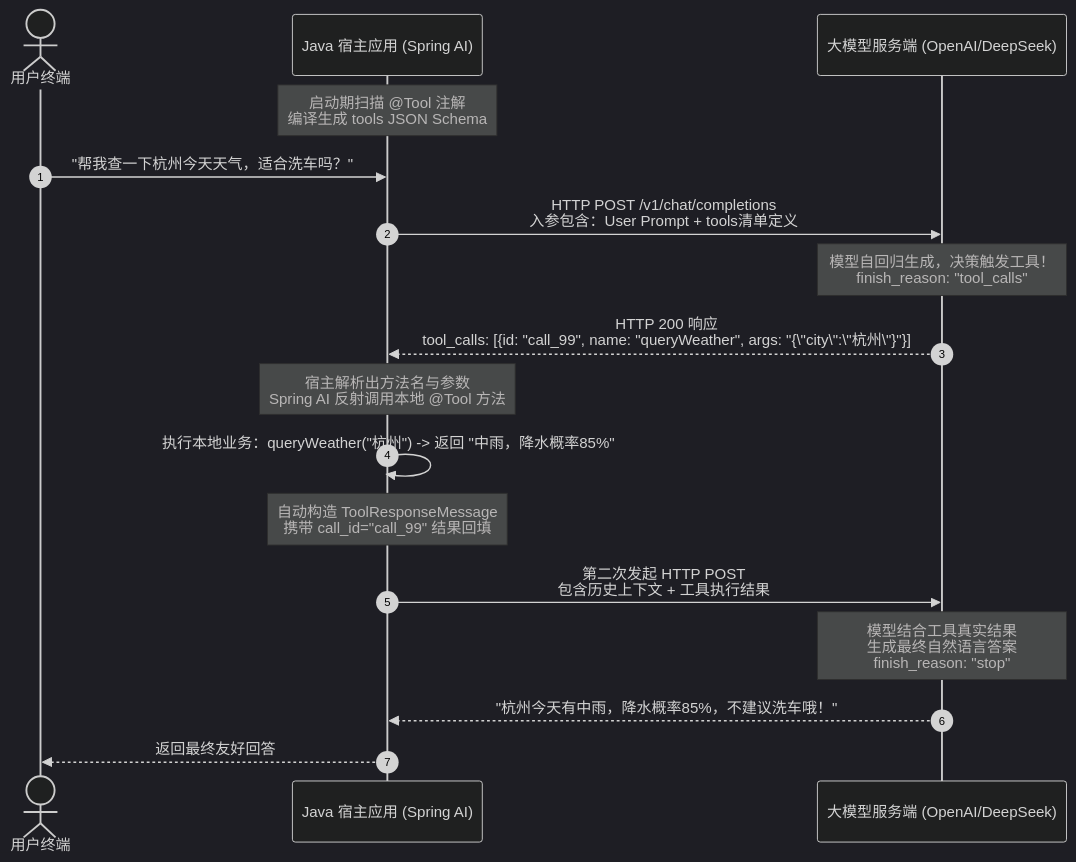
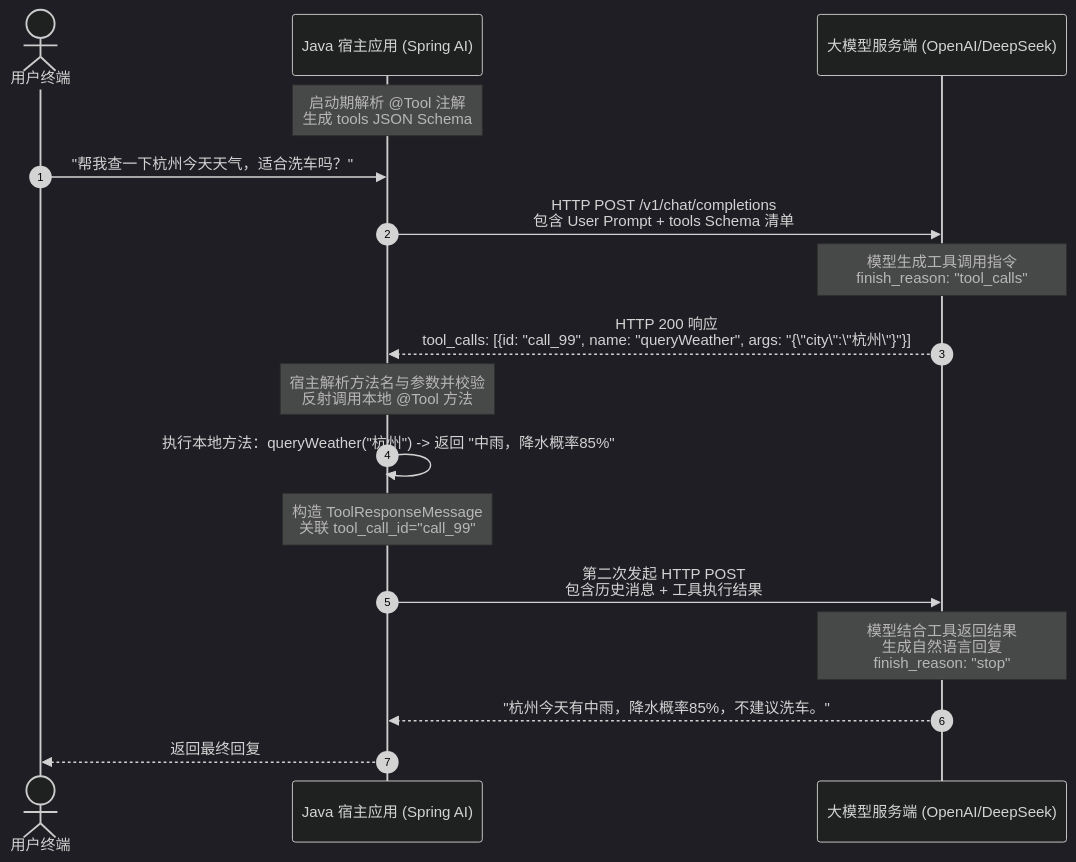
One commit to GuoWWWX/knowledge-base changed the first of 2 diagrams in 10-AI应用开发/02-框架-SpringAI与LangChain4j/SpringAI/06-Function-Calling工具调用.md. Above: the diagram before and after it, drawn with Mermaid (dark theme). The commit also changed other lines of this file and 251 other files, not shown here.

````diff
--- a/10-AI应用开发/02-框架-SpringAI与LangChain4j/SpringAI/06-Function-Calling工具调用.md
+++ b/10-AI应用开发/02-框架-SpringAI与LangChain4j/SpringAI/06-Function-Calling工具调用.md
@@ -46,20 +25,20 @@
 ```mermaid
 sequenceDiagram
     autonumber
     actor User as 用户终端
     participant App as Java 宿主应用 (Spring AI)
     participant LLM as 大模型服务端 (OpenAI/DeepSeek)
 
-    Note over App: 启动期扫描 @Tool 注解<br/>编译生成 tools JSON Schema
+    Note over App: 启动期解析 @Tool 注解<br/>生成 tools JSON Schema
     User->>App: "帮我查一下杭州今天天气，适合洗车吗？"
-    App->>LLM: HTTP POST /v1/chat/completions<br/>入参包含：User Prompt + tools清单定义
-    Note over LLM: 模型自回归生成，决策触发工具！<br/>finish_reason: "tool_calls"
+    App->>LLM: HTTP POST /v1/chat/completions<br/>包含 User Prompt + tools Schema 清单
+    Note over LLM: 模型生成工具调用指令<br/>finish_reason: "tool_calls"
     LLM-->>App: HTTP 200 响应<br/>tool_calls: [{id: "call_99", name: "queryWeather", args: "{\"city\":\"杭州\"}"}]
-    Note over App: 宿主解析出方法名与参数<br/>Spring AI 反射调用本地 @Tool 方法
-    App->>App: 执行本地业务：queryWeather("杭州") -> 返回 "中雨，降水概率85%"
-    Note over App: 自动构造 ToolResponseMessage<br/>携带 call_id="call_99" 结果回填
-    App->>LLM: 第二次发起 HTTP POST<br/>包含历史上下文 + 工具执行结果
-    Note over LLM: 模型结合工具真实结果<br/>生成最终自然语言答案<br/>finish_reason: "stop"
-    LLM-->>App: "杭州今天有中雨，降水概率85%，不建议洗车哦！"
-    App-->>User: 返回最终友好回答
+    Note over App: 宿主解析方法名与参数并校验<br/>反射调用本地 @Tool 方法
+    App->>App: 执行本地方法：queryWeather("杭州") -> 返回 "中雨，降水概率85%"
+    Note over App: 构造 ToolResponseMessage<br/>关联 tool_call_id="call_99"
+    App->>LLM: 第二次发起 HTTP POST<br/>包含历史消息 + 工具执行结果
+    Note over LLM: 模型结合工具返回结果<br/>生成自然语言回复<br/>finish_reason: "stop"
+    LLM-->>App: "杭州今天有中雨，降水概率85%，不建议洗车。"
+    App-->>User: 返回最终回复
 ```
````
